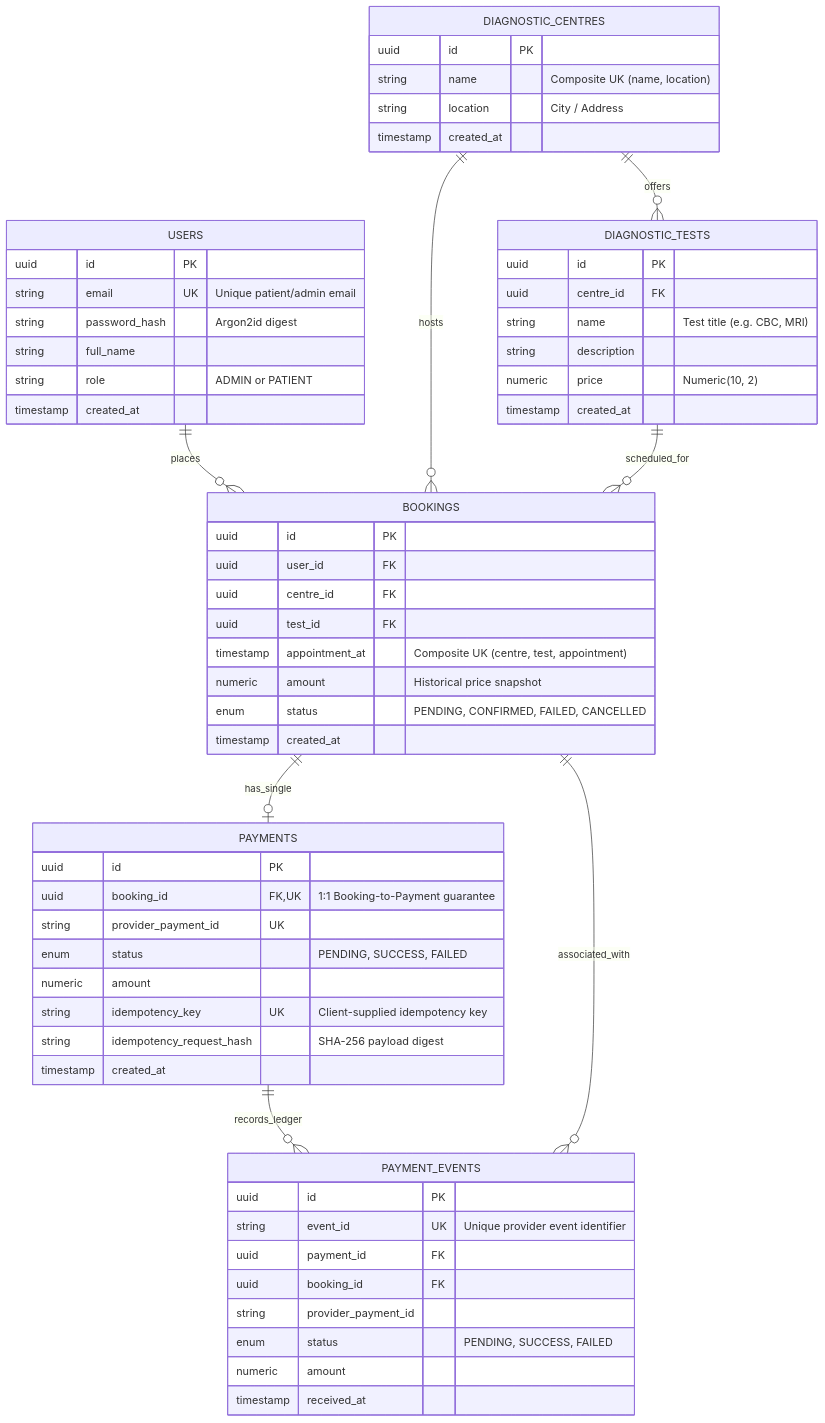
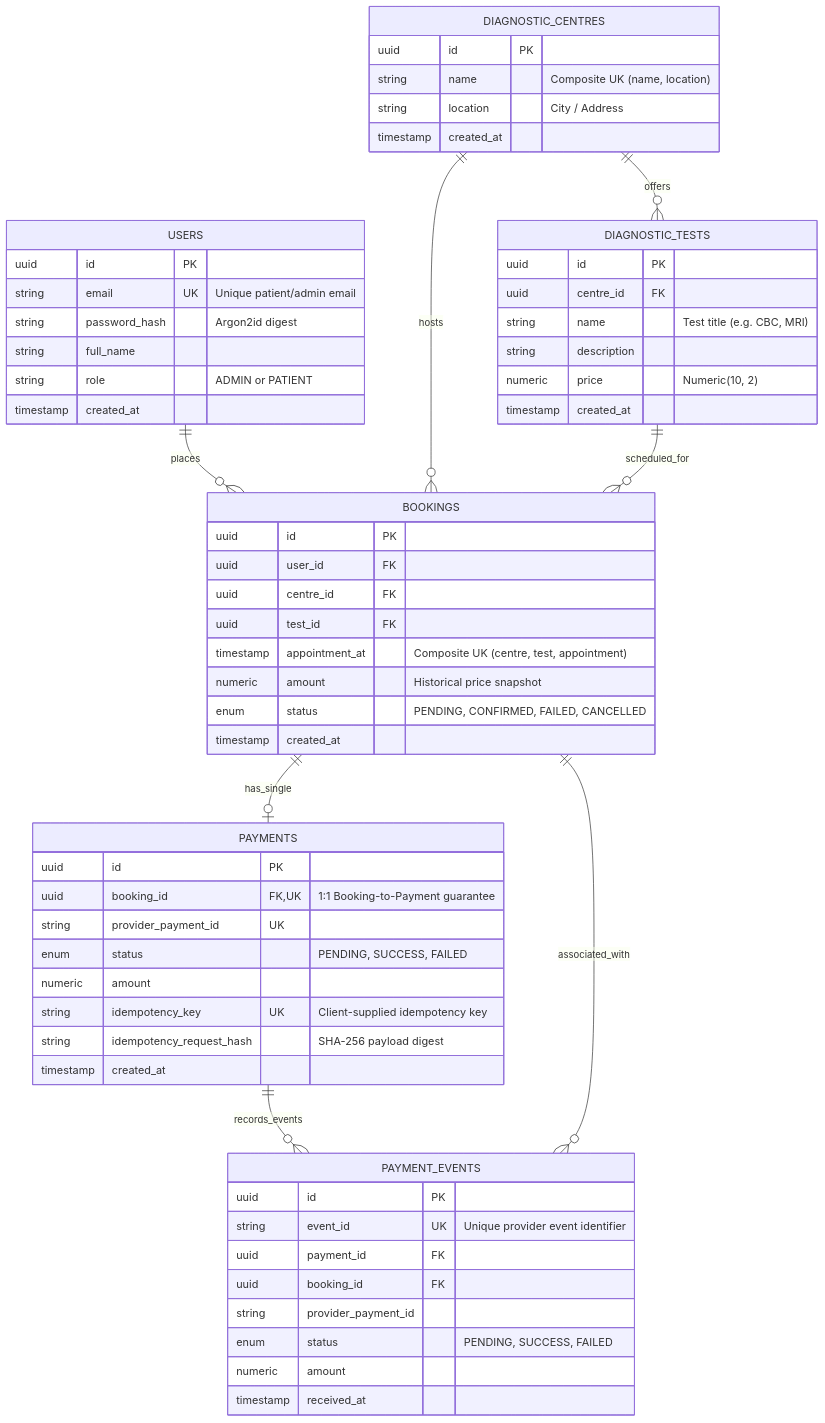
The second of 4 diagrams in README.md (Bhaumik-99/EVE-ASSIGNMENT), drawn with Mermaid before and after one commit. The commit also changed other lines of this file and 1 other file, not shown here.

Commit message:
fix: harden PATCH /centres/{id} with proactive conflict check and update README ledger terminology

````diff
--- a/README.md
+++ b/README.md
@@ -477,68 +477,68 @@
 ```mermaid
 erDiagram
     USERS ||--o{ BOOKINGS : "places"
     DIAGNOSTIC_CENTRES ||--o{ DIAGNOSTIC_TESTS : "offers"
     DIAGNOSTIC_CENTRES ||--o{ BOOKINGS : "hosts"
     DIAGNOSTIC_TESTS ||--o{ BOOKINGS : "scheduled_for"
     BOOKINGS ||--o| PAYMENTS : "has_single"
-    PAYMENTS ||--o{ PAYMENT_EVENTS : "records_ledger"
+    PAYMENTS ||--o{ PAYMENT_EVENTS : "records_events"
     BOOKINGS ||--o{ PAYMENT_EVENTS : "associated_with"
 
     USERS {
         uuid id PK
         string email UK "Unique patient/admin email"
         string password_hash "Argon2id digest"
         string full_name
         string role "ADMIN or PATIENT"
         timestamp created_at
     }
 
     DIAGNOSTIC_CENTRES {
         uuid id PK
         string name "Composite UK (name, location)"
         string location "City / Address"
         timestamp created_at
     }
 
     DIAGNOSTIC_TESTS {
         uuid id PK
         uuid centre_id FK
         string name "Test title (e.g. CBC, MRI)"
         string description
         numeric price "Numeric(10, 2)"
         timestamp created_at
     }
 
     BOOKINGS {
         uuid id PK
         uuid user_id FK
         uuid centre_id FK
         uuid test_id FK
         timestamp appointment_at "Composite UK (centre, test, appointment)"
         numeric amount "Historical price snapshot"
         enum status "PENDING, CONFIRMED, FAILED, CANCELLED"
         timestamp created_at
     }
 
     PAYMENTS {
         uuid id PK
         uuid booking_id FK,UK "1:1 Booking-to-Payment guarantee"
         string provider_payment_id UK
         enum status "PENDING, SUCCESS, FAILED"
         numeric amount
         string idempotency_key UK "Client-supplied idempotency key"
         string idempotency_request_hash "SHA-256 payload digest"
         timestamp created_at
     }
 
     PAYMENT_EVENTS {
         uuid id PK
         string event_id UK "Unique provider event identifier"
         uuid payment_id FK
         uuid booking_id FK
         string provider_payment_id
         enum status "PENDING, SUCCESS, FAILED"
         numeric amount
         timestamp received_at
     }
 ```
````
